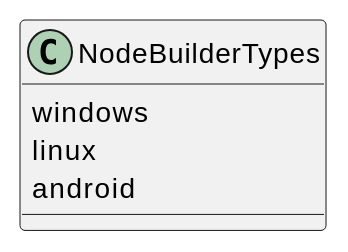
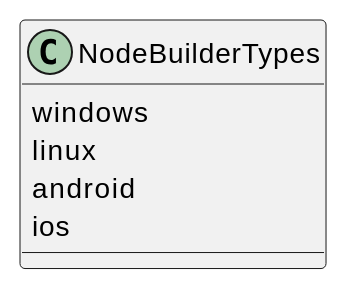
The second of 2 diagrams in apetools/builders/subbuilders/nodebuilder.rst (russell-n/oldape), drawn with PlantUML before and after one commit. The commit also changed 28 other files, not shown here.

```diff
--- a/apetools/builders/subbuilders/nodebuilder.rst
+++ b/apetools/builders/subbuilders/nodebuilder.rst
@@ -60,5 +60,6 @@
 .. uml::
 
    NodeBuilderTypes : windows
    NodeBuilderTypes : linux
    NodeBuilderTypes : android
+   NodeBuilderTypes : ios
```
